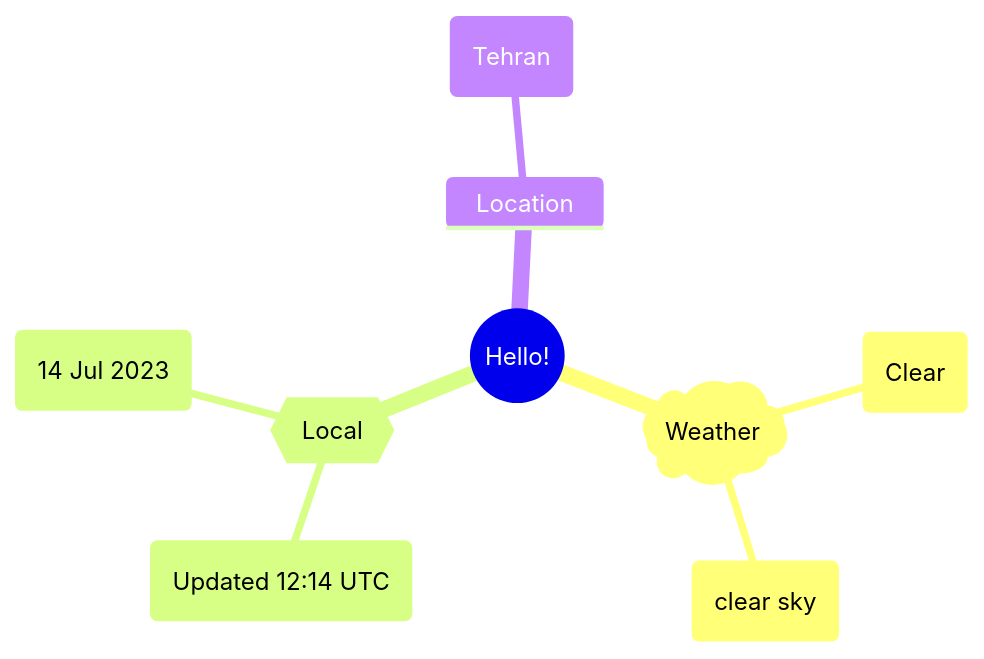
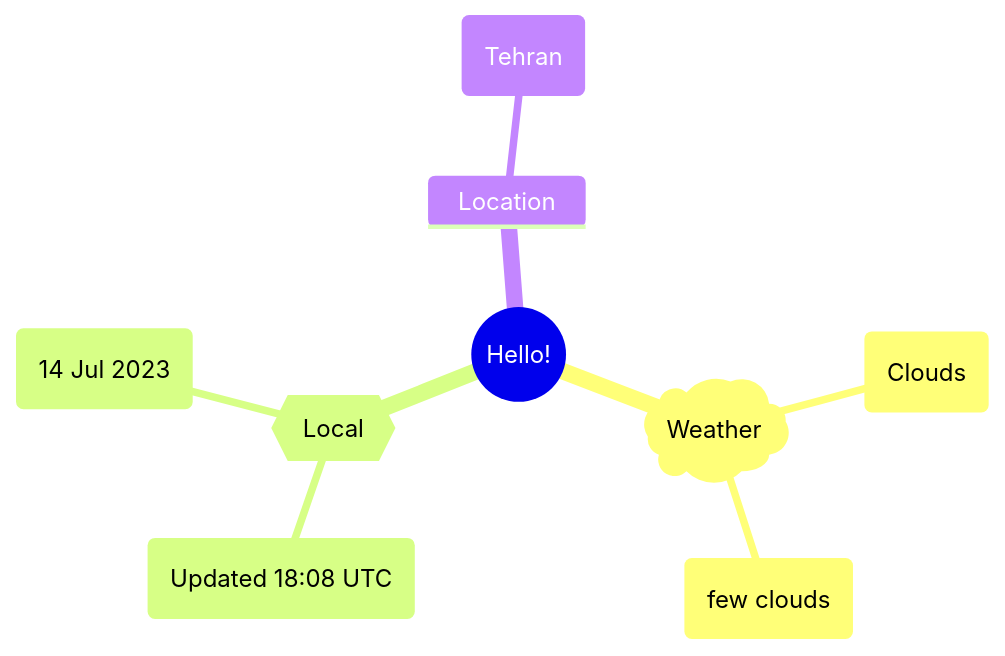
The first of 2 diagrams in README.md (Xosrov/Xosrov), drawn with Mermaid before and after one commit.

Commit message:
[bot] updated images

````diff
--- a/README.md
+++ b/README.md
@@ -3,12 +3,12 @@
 ```mermaid
 mindmap
   root((Hello!))
     )Weather(
-        (Clear)
-        (clear sky)
+        (Clouds)
+        (few clouds)
     {{Local}}
-        (Updated 12:14 UTC)
+        (Updated 18:08 UTC)
         (14 Jul 2023)
     Location
         (Tehran)
 ```
````
